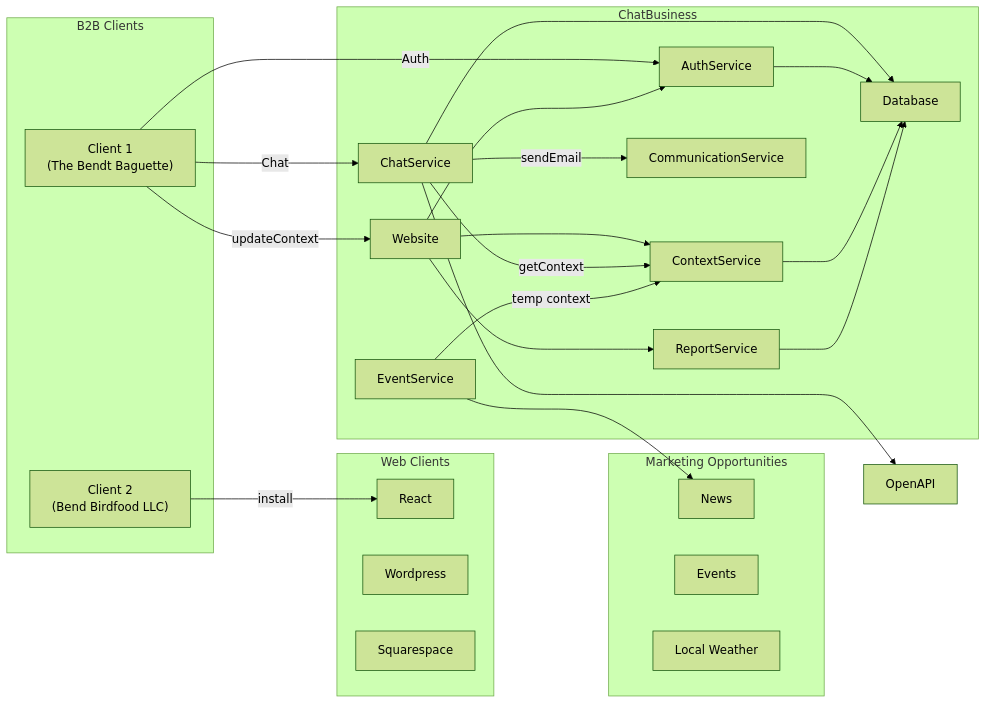
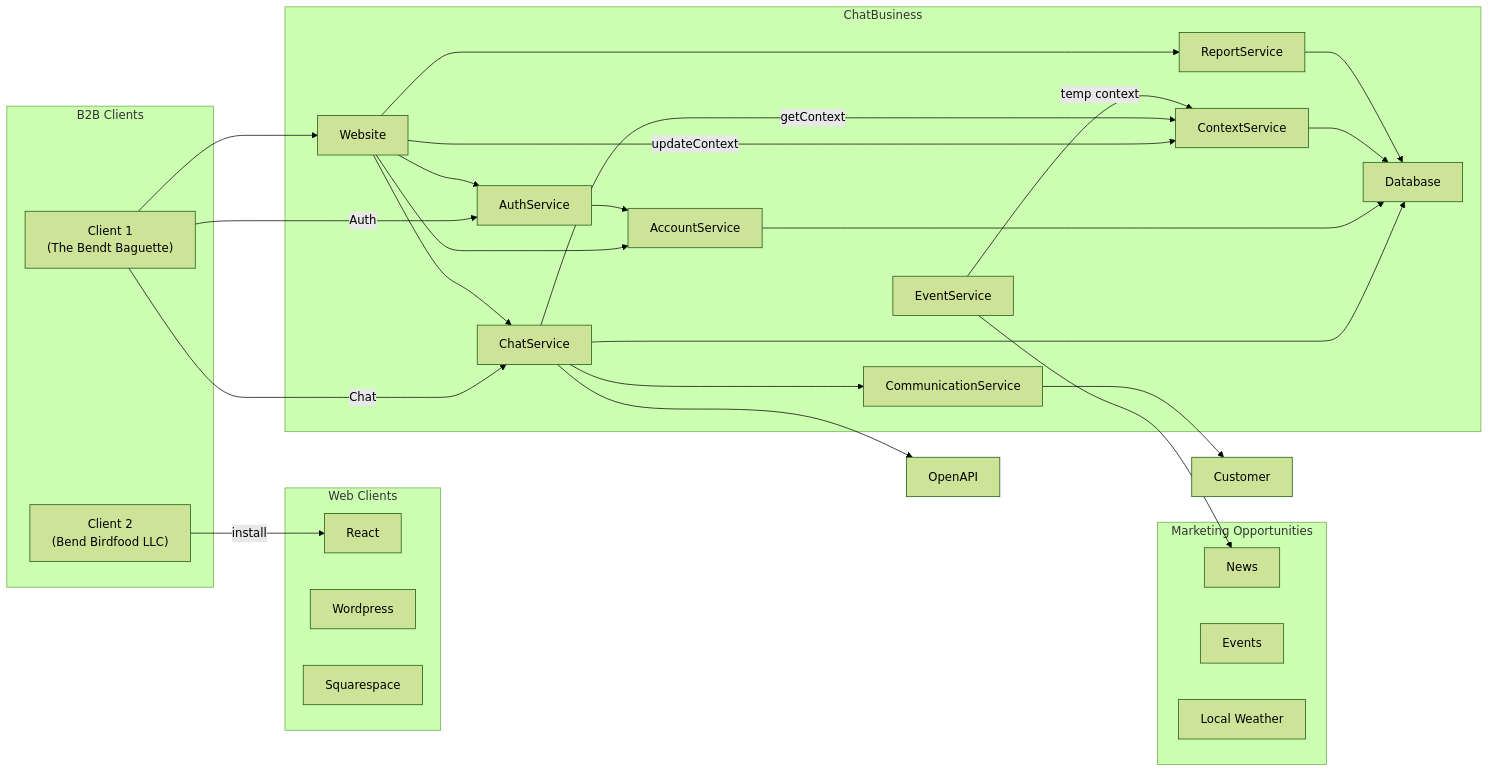
The diagram in SystemDesign.md (lwillmeth/openai-chatbots), drawn with Mermaid (forest theme) before and after one commit. The commit also changed other lines of this file and 1 other file, not shown here.

````diff
--- a/SystemDesign.md
+++ b/SystemDesign.md
@@ -8,53 +9,59 @@
 ```mermaid
 flowchart LR
     openApi["OpenAPI"]
 
     subgraph Marketing Opportunities
         news["News"]
         events["Events"]
         weather["Local Weather"]
     end
 
     subgraph Web Clients
         client-react["React"]
         client-wordpress["Wordpress"]
         client-squarespace["Squarespace"]
     end
 
     subgraph B2B Clients
         client1["Client 1<br/>(The Bendt Baguette)"]
         client2["Client 2<br/>(Bend Birdfood LLC)"]
     end
 
     subgraph ChatBusiness
-        frontend["Website"]
+        website["Website"]
+        accountService["AccountService"]
         authService["AuthService"]
         chatService["ChatService"]
         contextService["ContextService"]
         communicationService["CommunicationService"]
         eventService["EventService"]
         reportService["ReportService"]
         database["Database"]
     end
 
     client1 -- "Chat" --> chatService
     client1 -- "Auth" --> authService
-    client1 -- "updateContext" --> frontend
+    client1 --> website
     client2 -- "install" --> client-react
 
-    frontend --> authService
-    frontend --> contextService
-    frontend --> reportService
+    website --> accountService
+    website --> authService
+    website -- "updateContext" --> contextService
+    website --> reportService
+    website --> chatService
 
     chatService -- "getContext" --> contextService
-    chatService -- "sendEmail" --> communicationService
+    chatService ---> communicationService
+    chatService ~~~~ eventService
     chatService --> database
     chatService ---> openApi
 
-    authService --> database
+    authService --> accountService
+    communicationService --> Customer
+    accountService --> database
     contextService --> database
     reportService --> database
 
     eventService --> news
     eventService -- "temp context" --> contextService
 ```
````
